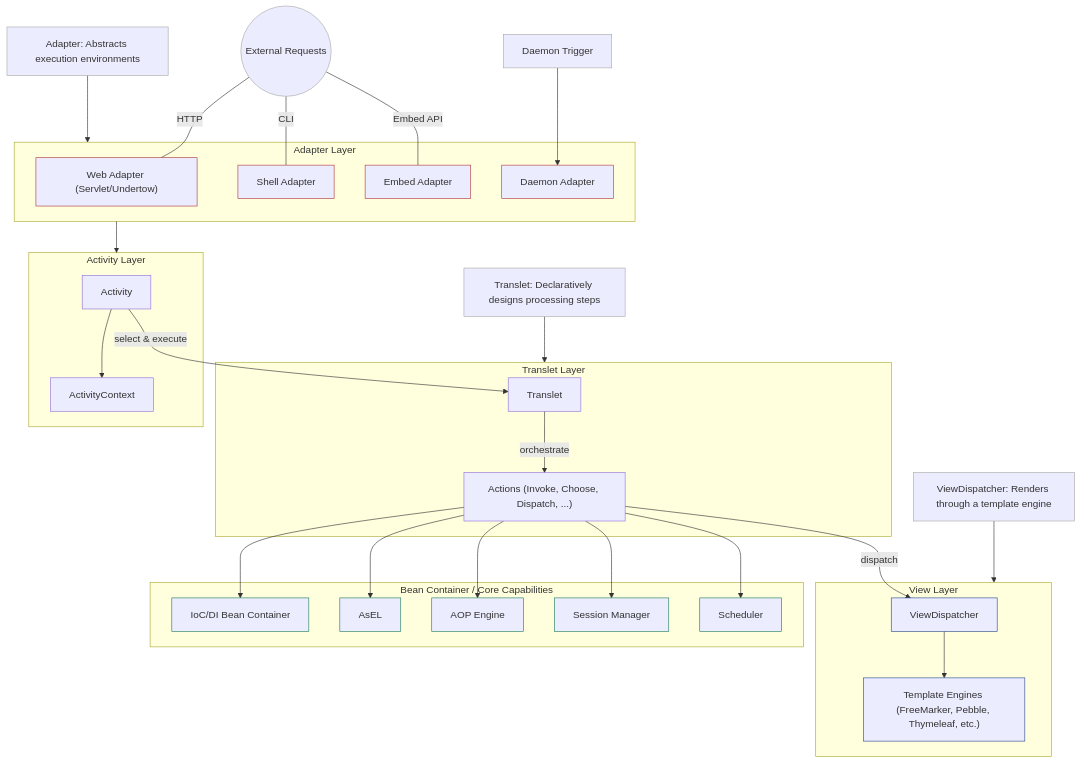
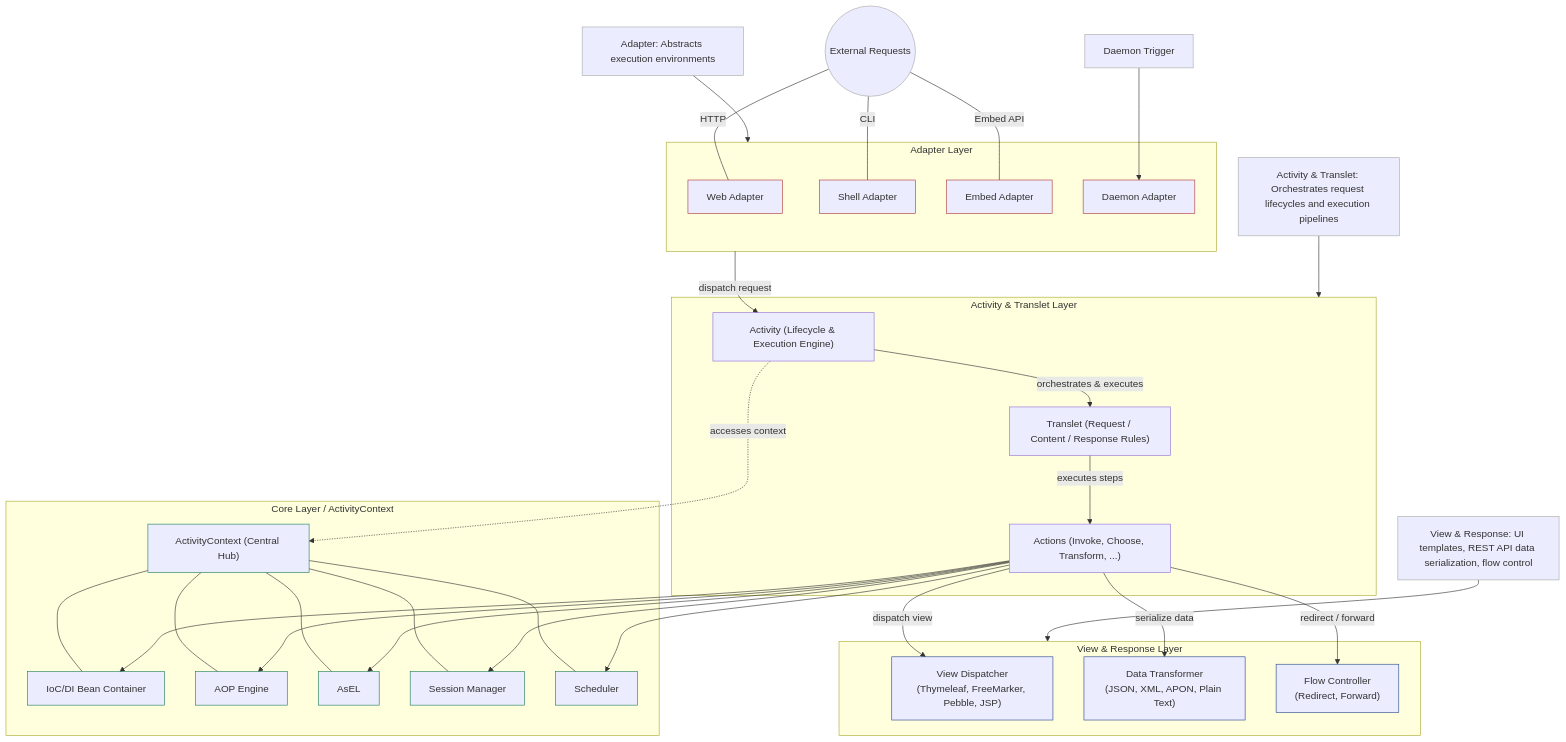
One commit to aspectran/aspectran.github.io changed the first of 9 diagrams in _pages/en/docs/guides/aspectran-architecture-diagrams.md. Above: the diagram before and after it, drawn with Mermaid. The commit also changed other lines of this file and 1 other file, not shown here.

````diff
--- a/_pages/en/docs/guides/aspectran-architecture-diagrams.md
+++ b/_pages/en/docs/guides/aspectran-architecture-diagrams.md
@@ -25,73 +35,72 @@
 ```mermaid
 flowchart TB
   %% Styles
   classDef layer stroke:#2a4b8d,stroke-width:1px
   classDef core stroke:#1e7f5c,stroke-width:1px
   classDef adapter stroke:#b23a3a,stroke-width:1px
   classDef note stroke:#aaa
 
   %% Entrypoints
   Clients((External Requests)):::note
   DaemonTrig["Daemon Trigger"]:::note
 
   Clients ---|HTTP| Web
   Clients ---|CLI| Shell
   Clients ---|Embed API| Embed
   DaemonTrig --> DaemonAdp
 
   %% Adapter Layer
   subgraph Adapters[Adapter Layer]
-    Web["Web Adapter (Servlet/Undertow)"]:::adapter
+    Web["Web Adapter"]:::adapter
     Shell["Shell Adapter"]:::adapter
     DaemonAdp["Daemon Adapter"]:::adapter
     Embed["Embed Adapter"]:::adapter
   end
 
-  %% Activity Layer
-  subgraph ActivityLayer[Activity Layer]
-    Activity["Activity"]
-    ActCtx["ActivityContext"]
-    Activity --> ActCtx
-  end
-
-  %% Translet Layer
-  subgraph TransletLayer[Translet Layer]
-    Translet["Translet"]
-    Actions["Actions (Invoke, Choose, Dispatch, ...)"]
-    Activity -->|select & execute| Translet
-    Translet -->|orchestrate| Actions
+  %% Activity & Translet Layer
+  subgraph ActivityProcessing[Activity & Translet Layer]
+    Activity["Activity (Lifecycle & Execution Engine)"]
+    Translet["Translet (Request / Content / Response Rules)"]
+    Actions["Actions (Invoke, Choose, Transform, ...)"]
+    Activity -->|orchestrates & executes| Translet
+    Translet -->|executes steps| Actions
   end
 
   %% Core Capabilities
-  subgraph Core[Bean Container / Core Capabilities]
+  subgraph Core[Core Layer / ActivityContext]
+    ActCtx["ActivityContext (Central Hub)"]:::core
     Beans["IoC/DI Bean Container"]:::core
     AOP["AOP Engine"]:::core
     AsEL["AsEL"]:::core
     SessionMgr["Session Manager"]:::core
     Sched["Scheduler"]:::core
+    ActCtx --- Beans & AOP & AsEL & SessionMgr & Sched
   end
 
-  %% View Layer
-  subgraph ViewLayer[View Layer]
-    ViewDispatcher["ViewDispatcher"]:::layer
-    TemplateEngines["Template Engines (FreeMarker, Pebble, Thymeleaf, etc.)"]:::layer
-    ViewDispatcher --> TemplateEngines
+  %% View & Response Layer
+  subgraph ViewLayer[View & Response Layer]
+    ViewDispatcher["View Dispatcher<br>(Thymeleaf, FreeMarker, Pebble, JSP)"]:::layer
+    TransformResponse["Data Transformer<br>(JSON, XML, APON, Plain Text)"]:::layer
+    RedirectForward["Flow Controller<br>(Redirect, Forward)"]:::layer
   end
 
   %% Wiring
-  Adapters --> ActivityLayer
+  Adapters -->|dispatch request| Activity
+  Activity -.->|accesses context| ActCtx
   Actions --> Beans
   Actions --> AsEL
   Actions --> AOP
   Actions --> SessionMgr
   Actions --> Sched
-  Actions -->|dispatch| ViewDispatcher
+  Actions -->|dispatch view| ViewDispatcher
+  Actions -->|serialize data| TransformResponse
+  Actions -->|redirect / forward| RedirectForward
 
   %% Notes
   Note1["Adapter: Abstracts execution environments"]:::note
-  Note2["Translet: Declaratively designs processing steps"]:::note
-  Note3["ViewDispatcher: Renders through a template engine"]:::note
+  Note2["Activity & Translet: Orchestrates request lifecycles and execution pipelines"]:::note
+  Note3["View & Response: UI templates, REST API data serialization, flow control"]:::note
   Note1 --> Adapters
-  Note2 --> TransletLayer
+  Note2 --> ActivityProcessing
   Note3 --> ViewLayer
 ```
````
